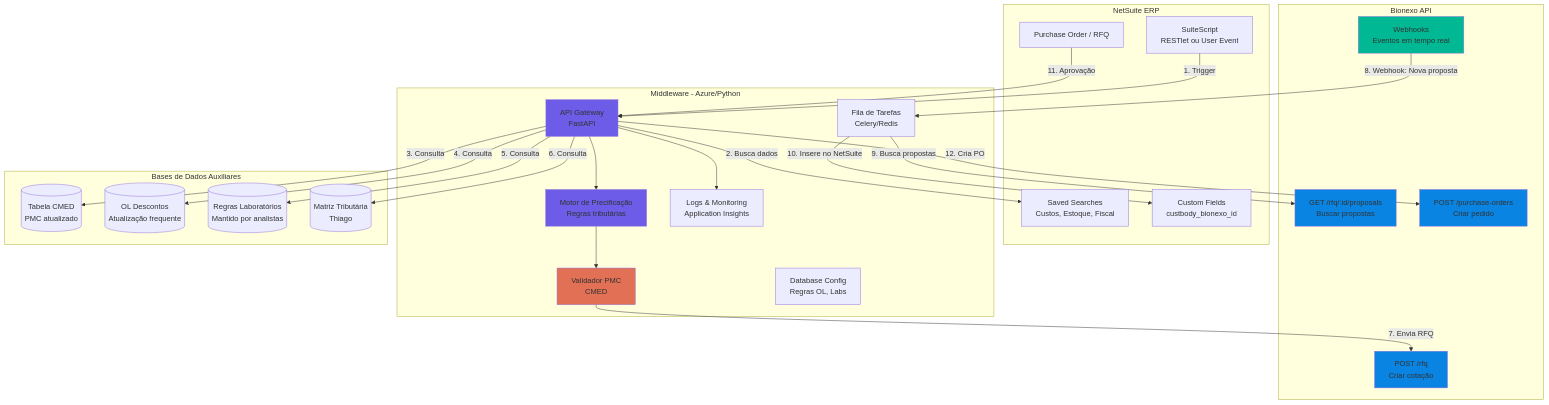
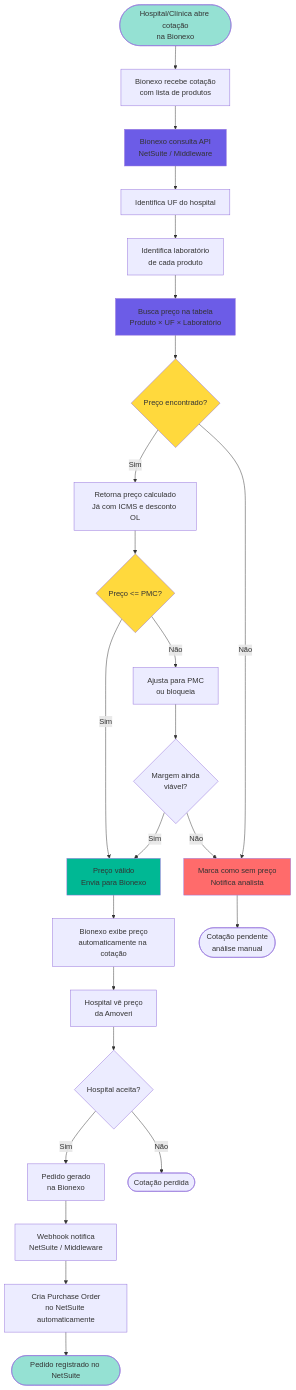
Before and after one commit to sejodrope/Amoveri-Farma: the fourth of 12 diagrams in integrations/bionexo-netsuite/docs/05-DIAGRAMAS-FLUXOS.md, drawn with Mermaid. The commit also changed other lines of this file and 56 other files, not shown here.

````diff
--- a/integrations/bionexo-netsuite/docs/05-DIAGRAMAS-FLUXOS.md
+++ b/integrations/bionexo-netsuite/docs/05-DIAGRAMAS-FLUXOS.md
@@ -137,60 +202,45 @@
 ```mermaid
-graph TB
-    subgraph "NetSuite ERP"
-        NS1[Purchase Order / RFQ]
-        NS2[Saved Searches<br/>Custos, Estoque, Fiscal]
-        NS3[Custom Fields<br/>custbody_bionexo_id]
-        NS4[SuiteScript<br/>RESTlet ou User Event]
-    end
+flowchart TD
+    Start([Hospital/Clínica abre cotação<br/>na Bionexo]) --> A[Bionexo recebe cotação<br/>com lista de produtos]
 
-    subgraph "Middleware - Azure/Python"
-        MW1[API Gateway<br/>FastAPI]
-        MW2[Motor de Precificação<br/>Regras tributárias]
-        MW3[Validador PMC<br/>CMED]
-        MW4[Database Config<br/>Regras OL, Labs]
-        MW5[Fila de Tarefas<br/>Celery/Redis]
-        MW6[Logs & Monitoring<br/>Application Insights]
-    end
+    A --> B[Bionexo consulta API<br/>NetSuite / Middleware]
+    B --> C[Identifica UF do hospital]
+    C --> D[Identifica laboratório<br/>de cada produto]
 
-    subgraph "Bionexo API"
-        BX1[POST /rfq<br/>Criar cotação]
-        BX2[GET /rfq/:id/proposals<br/>Buscar propostas]
-        BX3[POST /purchase-orders<br/>Criar pedido]
-        BX4[Webhooks<br/>Eventos em tempo real]
-    end
+    D --> E[Busca preço na tabela<br/>Produto × UF × Laboratório]
 
-    subgraph "Bases de Dados Auxiliares"
-        DB1[(Tabela CMED<br/>PMC atualizado)]
-        DB2[(OL Descontos<br/>Atualização frequente)]
-        DB3[(Regras Laboratórios<br/>Mantido por analistas)]
-        DB4[(Matriz Tributária<br/>Thiago)]
-    end
+    E --> F{Preço encontrado?}
 
-    NS4 -->|1. Trigger| MW1
-    MW1 -->|2. Busca dados| NS2
-    MW1 -->|3. Consulta| DB1
-    MW1 -->|4. Consulta| DB2
-    MW1 -->|5. Consulta| DB3
-    MW1 -->|6. Consulta| DB4
+    F -->|Sim| G[Retorna preço calculado<br/>Já com ICMS e desconto OL]
+    F -->|Não| H[Marca como sem preço<br/>Notifica analista]
 
-    MW1 --> MW2
-    MW2 --> MW3
-    MW3 -->|7. Envia RFQ| BX1
+    G --> I{Preço <= PMC?}
+    I -->|Sim| J[Preço válido<br/>Envia para Bionexo]
+    I -->|Não| K[Ajusta para PMC<br/>ou bloqueia]
 
-    BX4 -->|8. Webhook: Nova proposta| MW5
-    MW5 -->|9. Busca propostas| BX2
-    MW5 -->|10. Insere no NetSuite| NS3
+    K --> L{Margem ainda<br/>viável?}
+    L -->|Sim| J
+    L -->|Não| H
 
-    NS1 -->|11. Aprovação| MW1
-    MW1 -->|12. Cria PO| BX3
+    J --> M[Bionexo exibe preço<br/>automaticamente na cotação]
+    M --> N[Hospital vê preço<br/>da Amoveri]
 
-    MW1 --> MW6
+    N --> O{Hospital aceita?}
+    O -->|Sim| P[Pedido gerado<br/>na Bionexo]
+    O -->|Não| End2([Cotação perdida])
 
-    style MW1 fill:#6c5ce7
-    style MW2 fill:#6c5ce7
-    style MW3 fill:#e17055
-    style BX1 fill:#0984e3
-    style BX2 fill:#0984e3
-    style BX3 fill:#0984e3
-    style BX4 fill:#00b894
+    P --> Q[Webhook notifica<br/>NetSuite / Middleware]
+    Q --> R[Cria Purchase Order<br/>no NetSuite automaticamente]
+
+    R --> End([Pedido registrado no NetSuite])
+    H --> End3([Cotação pendente<br/>análise manual])
+
+    style F fill:#ffd93d
+    style I fill:#ffd93d
+    style J fill:#00b894
+    style H fill:#ff6b6b
+    style Start fill:#95e1d3
+    style End fill:#95e1d3
+    style B fill:#6c5ce7
+    style E fill:#6c5ce7
 ```
````
